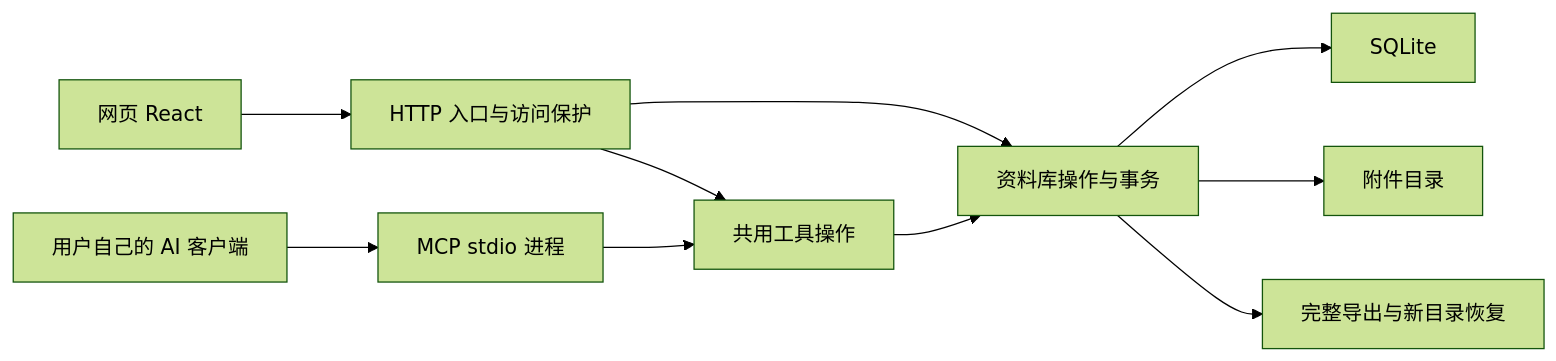
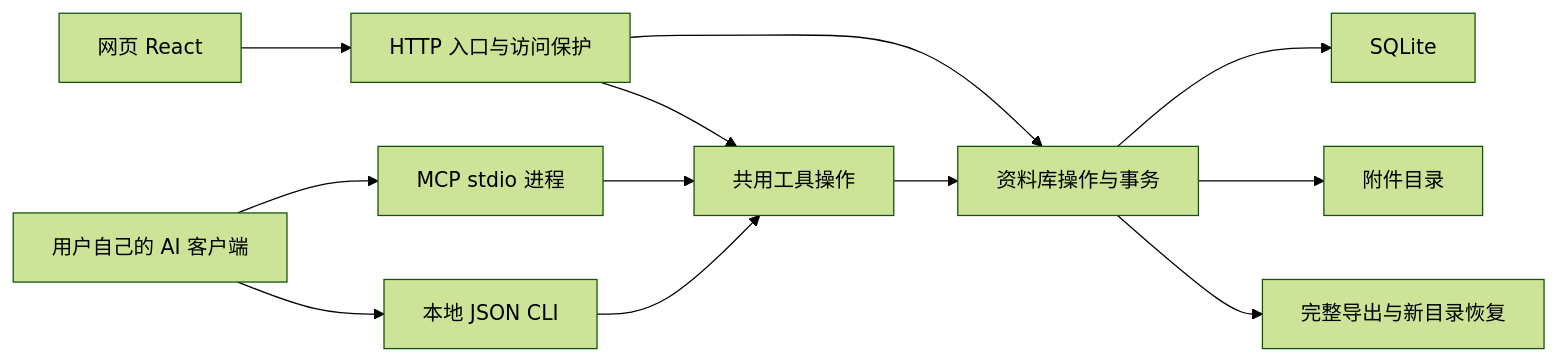
One commit to ssdiwu/lingbranch changed the diagram in doc/architecture.md. Above: the diagram before and after it, drawn with Mermaid (forest theme). The commit also changed other lines of this file and 16 other files, not shown here.

````diff
--- a/doc/architecture.md
+++ b/doc/architecture.md
@@ -5,12 +5,14 @@
 ```mermaid
 flowchart LR
   W[网页 React] --> H[HTTP 入口与访问保护]
   A[用户自己的 AI 客户端] --> M[MCP stdio 进程]
+  A --> C[本地 JSON CLI]
   H --> T[共用工具操作]
   M --> T
+  C --> T
   H --> L[资料库操作与事务]
   T --> L
   L --> S[SQLite]
   L --> F[附件目录]
   L --> B[完整导出与新目录恢复]
 ```
````
